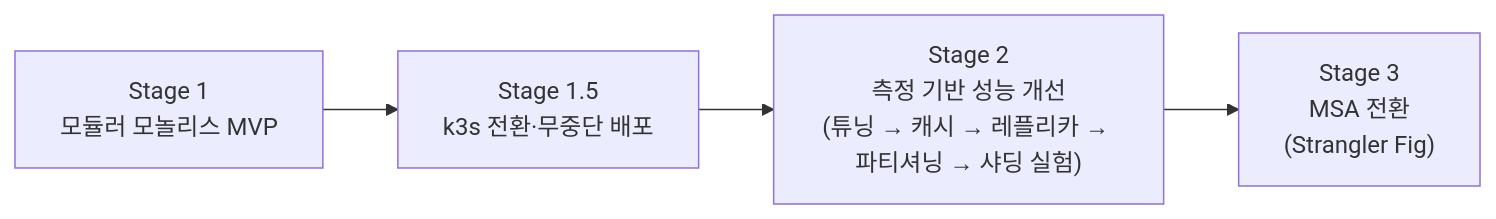
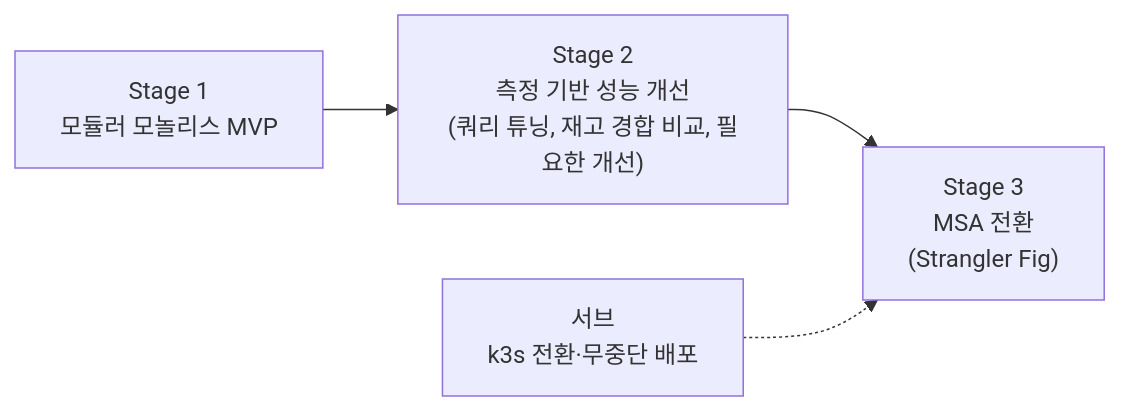
One commit to 95twan/myroutine-v2 changed the diagram in docs/02-design/01-architecture-evolution.md. Above: the diagram before and after it, drawn with Mermaid. The commit also changed other lines of this file and 21 other files, not shown here.

````diff
--- a/docs/02-design/01-architecture-evolution.md
+++ b/docs/02-design/01-architecture-evolution.md
@@ -6,5 +6,6 @@
 ```mermaid
 flowchart LR
-  S1["Stage 1<br/>모듈러 모놀리스 MVP"] --> S15["Stage 1.5<br/>k3s 전환·무중단 배포"] --> S2["Stage 2<br/>측정 기반 성능 개선<br/>(튜닝 → 캐시 → 레플리카 → 파티셔닝 → 샤딩 실험)"]
+  S1["Stage 1<br/>모듈러 모놀리스 MVP"] --> S2["Stage 2<br/>측정 기반 성능 개선<br/>(쿼리 튜닝, 재고 경합 비교, 필요한 개선)"]
   S2 --> S3["Stage 3<br/>MSA 전환<br/>(Strangler Fig)"]
+  K["서브<br/>k3s 전환·무중단 배포"] -.-> S3
 ```
````
